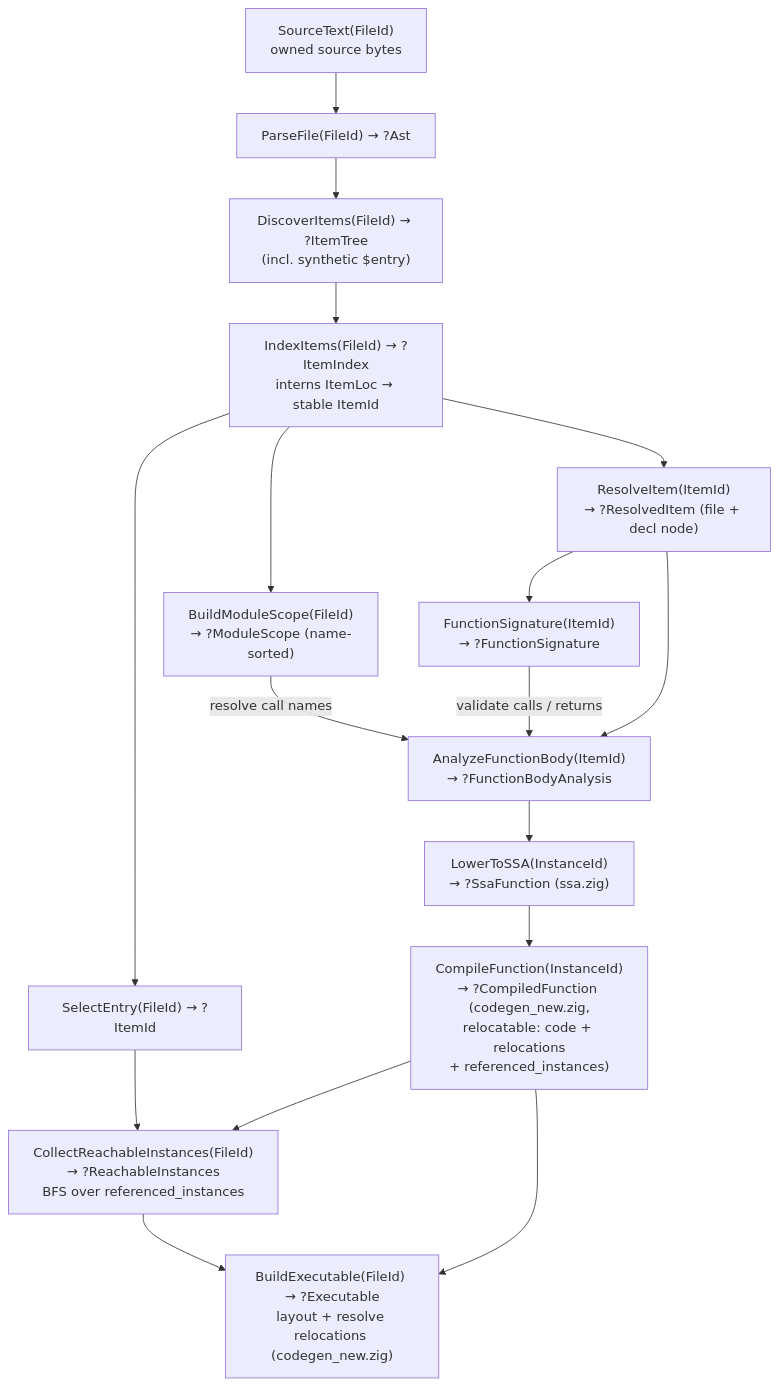
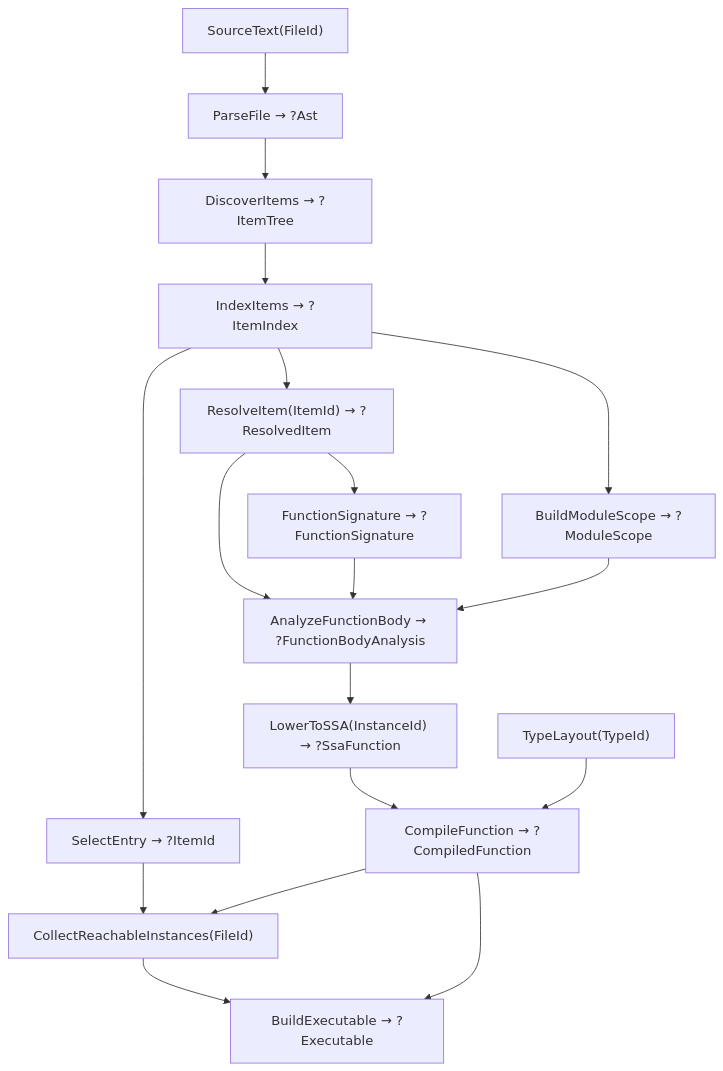
One commit to Pippepot/chimera-lang changed the diagram in PROGRAM_FLOW.md. Above: the diagram before and after it, drawn with Mermaid. The commit also changed other lines of this file and 13 other files, not shown here.

````diff
--- a/PROGRAM_FLOW.md
+++ b/PROGRAM_FLOW.md
@@ -9,20 +9,20 @@
 ```mermaid
 flowchart TD
-    ST["SourceText(FileId)<br/>owned source bytes"]
-    ST --> PF["ParseFile(FileId) → ?Ast"]
-    PF --> DI["DiscoverItems(FileId) → ?ItemTree<br/>(incl. synthetic $entry)"]
-    DI --> IX["IndexItems(FileId) → ?ItemIndex<br/>interns ItemLoc → stable ItemId"]
-    IX --> SE["SelectEntry(FileId) → ?ItemId"]
-    IX --> MS["BuildModuleScope(FileId)<br/>→ ?ModuleScope (name-sorted)"]
-    IX --> RI["ResolveItem(ItemId)<br/>→ ?ResolvedItem (file + decl node)"]
-    RI --> FS["FunctionSignature(ItemId)<br/>→ ?FunctionSignature"]
-    RI --> AB["AnalyzeFunctionBody(ItemId)<br/>→ ?FunctionBodyAnalysis"]
-    MS -->|"resolve call names"| AB
-    FS -->|"validate calls / returns"| AB
-    AB --> SSA["LowerToSSA(InstanceId)<br/>→ ?SsaFunction (ssa.zig)"]
-    SSA --> CF["CompileFunction(InstanceId)<br/>→ ?CompiledFunction (codegen_new.zig,<br/>relocatable: code + relocations<br/>+ referenced_instances)"]
-    SE --> CRI["CollectReachableInstances(FileId)<br/>→ ?ReachableInstances<br/>BFS over referenced_instances"]
-    CF --> CRI
-    CRI --> BE["BuildExecutable(FileId) → ?Executable<br/>layout + resolve relocations (codegen_new.zig)"]
+    ST["SourceText(FileId)"] --> PF["ParseFile → ?Ast"]
+    PF --> DI["DiscoverItems → ?ItemTree"]
+    DI --> IX["IndexItems → ?ItemIndex"]
+    IX --> SE["SelectEntry → ?ItemId"]
+    IX --> MS["BuildModuleScope → ?ModuleScope"]
+    IX --> RI["ResolveItem(ItemId) → ?ResolvedItem"]
+    RI --> FS["FunctionSignature → ?FunctionSignature"]
+    RI --> AB["AnalyzeFunctionBody → ?FunctionBodyAnalysis"]
+    FS --> AB
+    MS --> AB
+    AB --> SSA["LowerToSSA(InstanceId) → ?SsaFunction"]
+    SSA --> CF["CompileFunction → ?CompiledFunction"]
+    TL["TypeLayout(TypeId)"] --> CF
+    SE --> CR["CollectReachableInstances(FileId)"]
+    CF --> CR
+    CR --> BE["BuildExecutable → ?Executable"]
     CF --> BE
 ```
````
